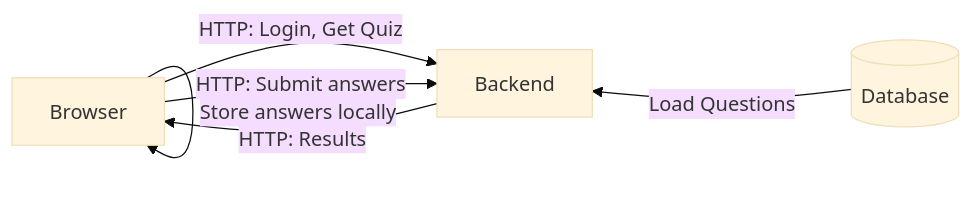
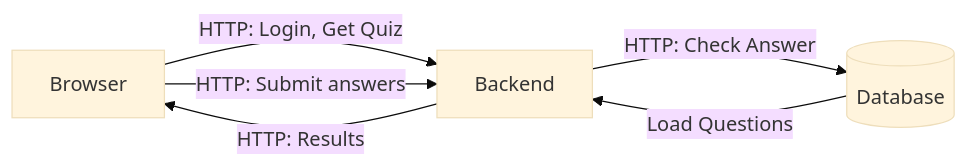
One commit to PSI-RDB-2026/QuizApp changed the third of 5 diagrams in docs/DESIGN.md. Above: the diagram before and after it, drawn with Mermaid (base theme).

````diff
--- a/docs/DESIGN.md
+++ b/docs/DESIGN.md
@@ -111,18 +111,18 @@
 ```mermaid
 flowchart LR
     Browser[Browser]
     Backend[Backend]
     DB[(Database)]
 
     Browser -->|HTTP: Login, Get Quiz| Backend
-    Browser -->|Store answers locally| Browser
+    Backend -->|HTTP: Check Answer| DB
     Browser -->|HTTP: Submit answers| Backend
 
     DB -->|Load Questions| Backend
 
     Backend ~~~ DB
 
     Backend -->|HTTP: Results| Browser
 
 
 ```
````
